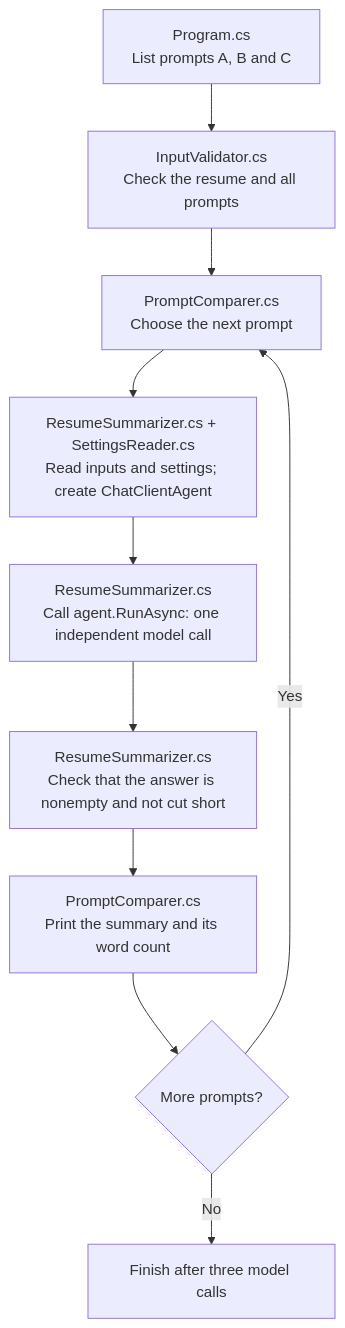
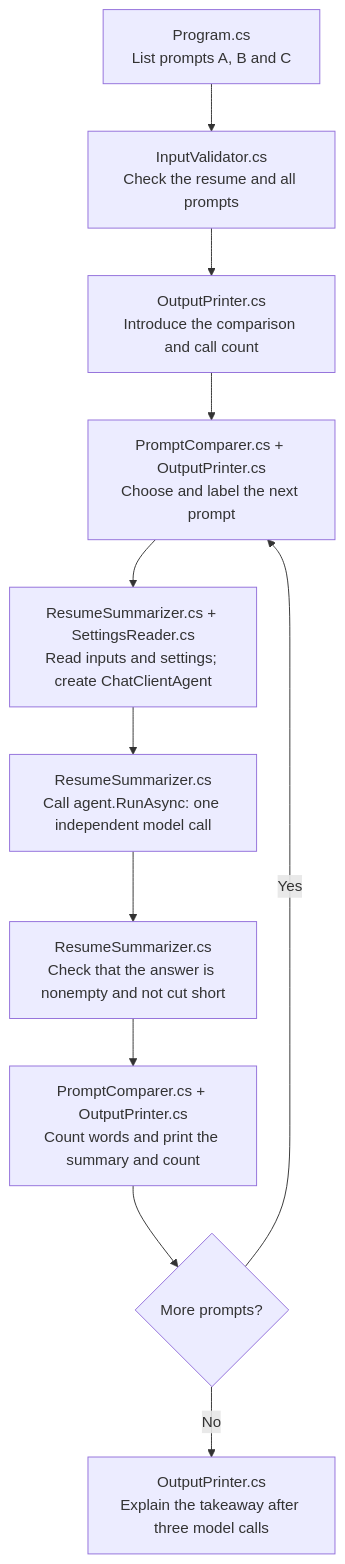
One commit to KhosroPakmanesh/ai-engineering-training changed the diagram in 01-prompt-engineering/prompt-engineering/README.md. Above: the diagram before and after it, drawn with Mermaid. The commit also changed other lines of this file and 22 other files, not shown here.

````diff
--- a/01-prompt-engineering/prompt-engineering/README.md
+++ b/01-prompt-engineering/prompt-engineering/README.md
@@ -17,12 +17,13 @@
 ```mermaid
 flowchart TD
     A["Program.cs<br/>List prompts A, B and C"] --> B["InputValidator.cs<br/>Check the resume and all prompts"]
-    B --> C["PromptComparer.cs<br/>Choose the next prompt"]
+    B --> P["OutputPrinter.cs<br/>Introduce the comparison and call count"]
+    P --> C["PromptComparer.cs + OutputPrinter.cs<br/>Choose and label the next prompt"]
     C --> D["ResumeSummarizer.cs + SettingsReader.cs<br/>Read inputs and settings; create ChatClientAgent"]
     D --> E["ResumeSummarizer.cs<br/>Call agent.RunAsync: one independent model call"]
     E --> F["ResumeSummarizer.cs<br/>Check that the answer is nonempty and not cut short"]
-    F --> G["PromptComparer.cs<br/>Print the summary and its word count"]
+    F --> G["PromptComparer.cs + OutputPrinter.cs<br/>Count words and print the summary and count"]
     G --> H{"More prompts?"}
     H -->|Yes| C
-    H -->|No| I["Finish after three model calls"]
+    H -->|No| I["OutputPrinter.cs<br/>Explain the takeaway after three model calls"]
 ```
````
